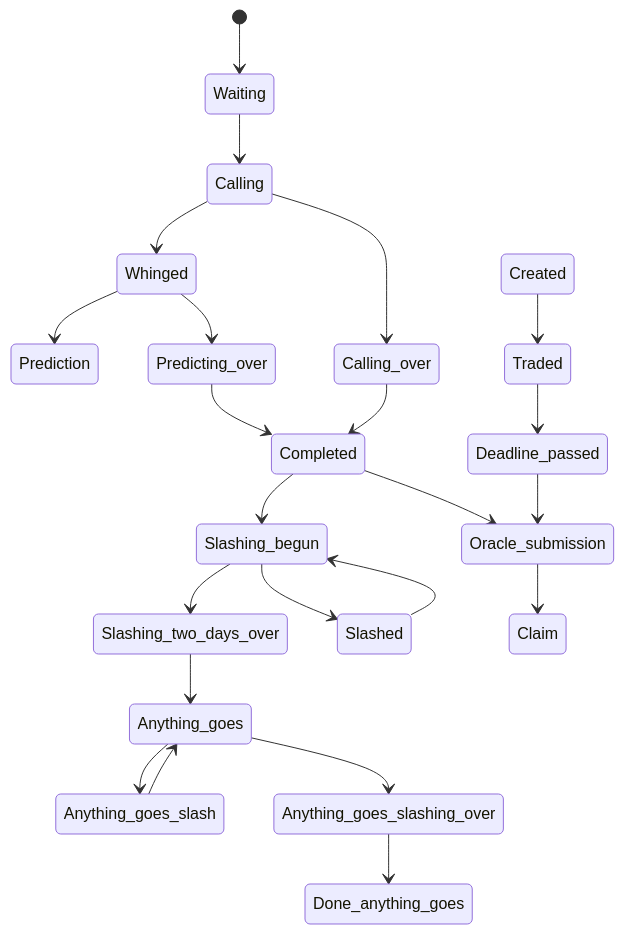
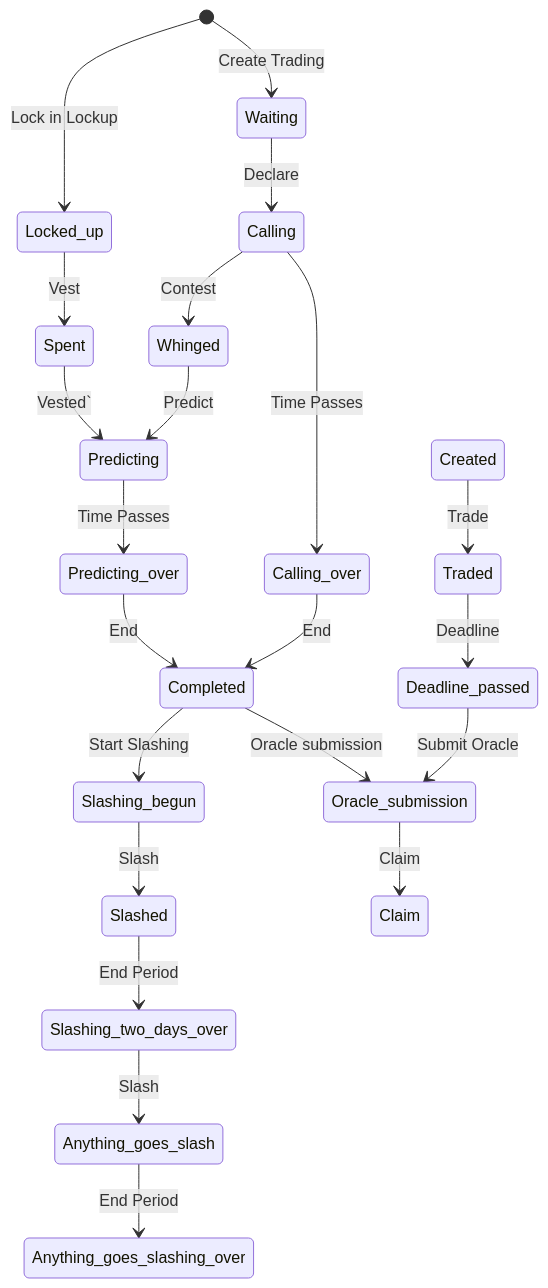
Before and after one commit to fluidity-money/9lives.so: the second of 2 diagrams in README.md, drawn with Mermaid. The commit also changed 1 other file, not shown here.

Commit message:
Update diagram and add lockup

````diff
--- a/README.md
+++ b/README.md
@@ -46,25 +46,24 @@
 ```mermaid
 stateDiagram
-    [*] --> Waiting
-    Waiting --> Calling
-    Calling --> Whinged
-    Whinged --> Prediction
-    Whinged --> Predicting_over
-    Calling --> Calling_over
-    Predicting_over --> Completed
-    Calling_over --> Completed
-    Completed --> Slashing_begun
-    Completed --> Oracle_submission
-    Slashing_begun --> Slashing_two_days_over
-    Slashing_begun --> Slashed
-    Slashed --> Slashing_begun
-    Slashing_two_days_over --> Anything_goes
-    Anything_goes --> Anything_goes_slash
-    Anything_goes_slash --> Anything_goes
-    Anything_goes --> Anything_goes_slashing_over
-    Anything_goes_slashing_over --> Done_anything_goes
-    Created --> Traded
-    Traded --> Deadline_passed
-    Deadline_passed --> Oracle_submission
-    Oracle_submission --> Claim
+    [*] --> Locked_up : Lock in Lockup
+    Locked_up --> Spent : Vest
+    [*] --> Waiting : Create Trading
+    Spent --> Predicting : Vested`
+    Waiting --> Calling : Declare
+    Calling --> Whinged : Contest
+    Whinged --> Predicting : Predict
+    Predicting --> Predicting_over : Time Passes
+    Calling --> Calling_over : Time Passes
+    Predicting_over --> Completed : End
+    Calling_over --> Completed : End
+    Completed --> Slashing_begun : Start Slashing
+    Completed --> Oracle_submission : Oracle submission
+    Slashing_begun --> Slashed : Slash
+    Slashed --> Slashing_two_days_over : End Period
+    Slashing_two_days_over --> Anything_goes_slash : Slash
+    Anything_goes_slash --> Anything_goes_slashing_over : End Period
+    Created --> Traded : Trade
+    Traded --> Deadline_passed : Deadline
+    Deadline_passed --> Oracle_submission : Submit Oracle
+    Oracle_submission --> Claim : Claim
 ```
````
